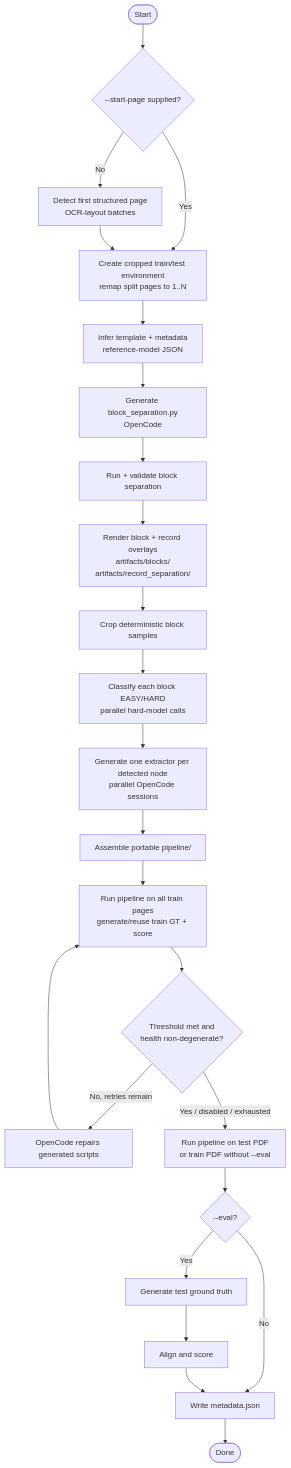
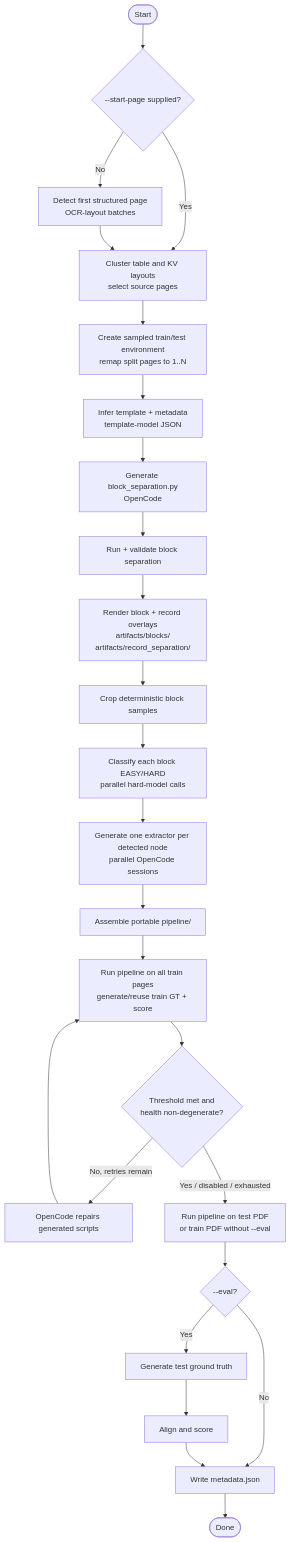
One commit to riccardobollati/twix_2 changed the second of 6 diagrams in README.md. Above: the diagram before and after it, drawn with Mermaid. The commit also changed other lines of this file and 25 other files, not shown here.

````diff
--- a/README.md
+++ b/README.md
@@ -230,26 +240,27 @@
 ```mermaid
 flowchart TD
     S(["Start"]) --> Q{"--start-page supplied?"}
     Q -- No --> DB["Detect first structured page<br/>OCR-layout batches"]
-    Q -- Yes --> EC
-    DB --> EC["Create cropped train/test environment<br/>remap split pages to 1..N"]
-    EC --> TI["Infer template + metadata<br/>reference-model JSON"]
+    Q -- Yes --> CL
+    DB --> CL["Cluster table and KV layouts<br/>select source pages"]
+    CL --> EC["Create sampled train/test environment<br/>remap split pages to 1..N"]
+    EC --> TI["Infer template + metadata<br/>template-model JSON"]
     TI --> BS["Generate block_separation.py<br/>OpenCode"]
     BS --> BSR["Run + validate block separation"]
     BSR --> ART["Render block + record overlays<br/>artifacts/blocks/<br/>artifacts/record_separation/"]
     ART --> SMP["Crop deterministic block samples"]
     SMP --> ROUTE["Classify each block EASY/HARD<br/>parallel hard-model calls"]
     ROUTE --> EXT["Generate one extractor per detected node<br/>parallel OpenCode sessions"]
     EXT --> PACK["Assemble portable pipeline/"]
     PACK --> TE["Run pipeline on all train pages<br/>generate/reuse train GT + score"]
     TE --> GATE{"Threshold met and<br/>health non-degenerate?"}
     GATE -- "No, retries remain" --> REPAIR["OpenCode repairs generated scripts"]
     REPAIR --> TE
     GATE -- "Yes / disabled / exhausted" --> RUN["Run pipeline on test PDF<br/>or train PDF without --eval"]
     RUN --> EVALQ{"--eval?"}
     EVALQ -- No --> META["Write metadata.json"]
     EVALQ -- Yes --> GT["Generate test ground truth"]
     GT --> SCORE["Align and score"]
     SCORE --> META
     META --> END(["Done"])
 ```
````
